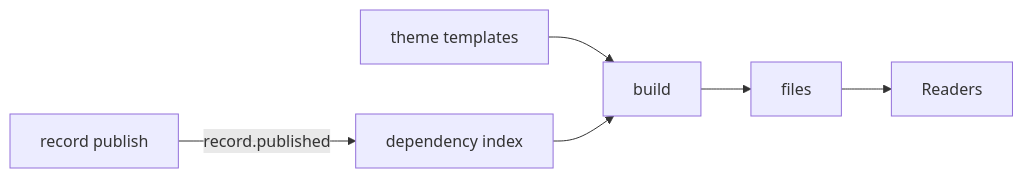
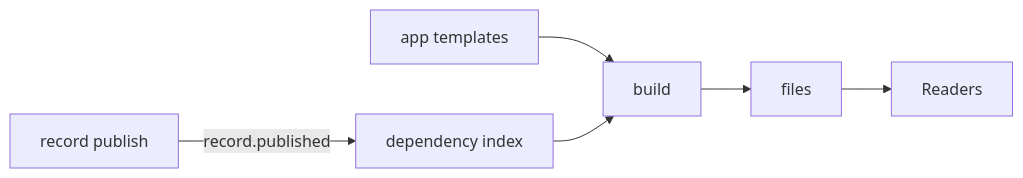
One commit to publr-org/publr changed the fourth of 5 diagrams in docs/architecture.md. Above: the diagram before and after it, drawn with Mermaid. The commit also changed other lines of this file and 253 other files, not shown here.

````diff
--- a/docs/architecture.md
+++ b/docs/architecture.md
@@ -106,6 +111,6 @@
 ```mermaid
 flowchart LR
-    T[theme templates] --> B[build] --> F[files]
+    T[app templates] --> B[build] --> F[files]
     F --> R[Readers]
     O[record publish] -->|record.published| I[dependency index] --> B
 ```
````
